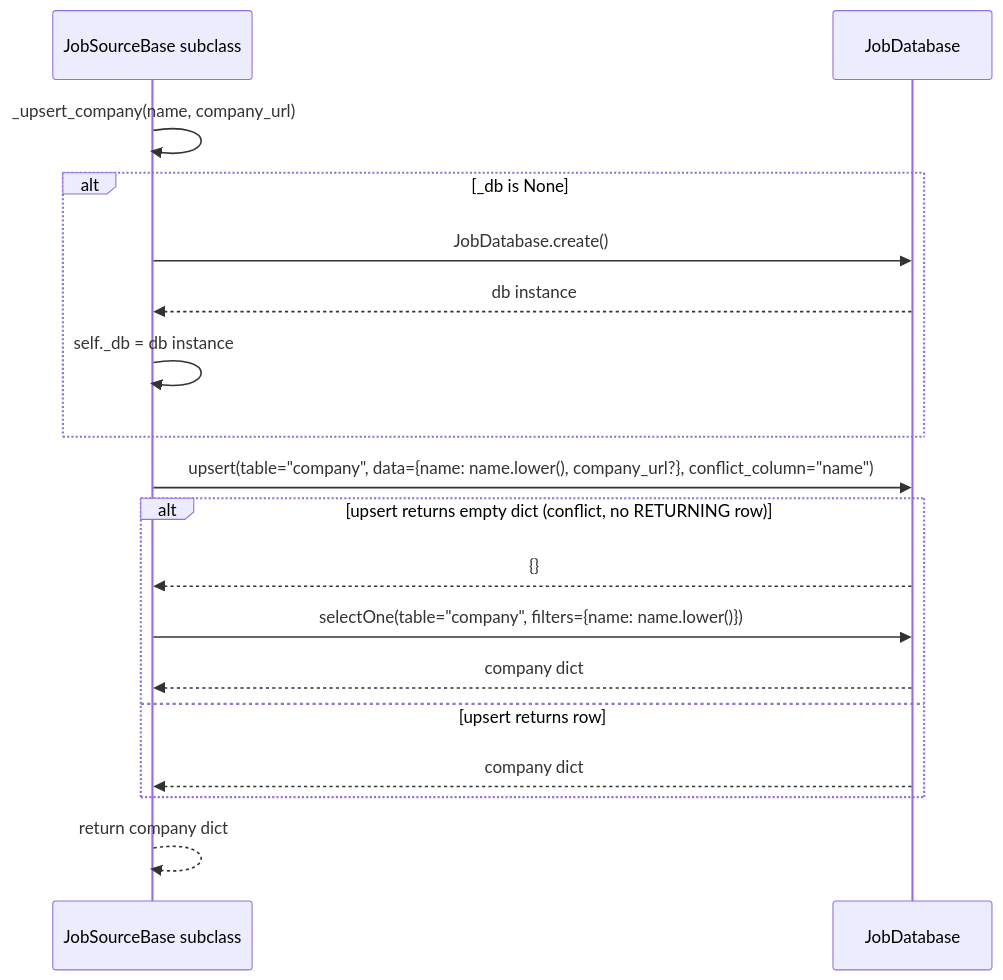
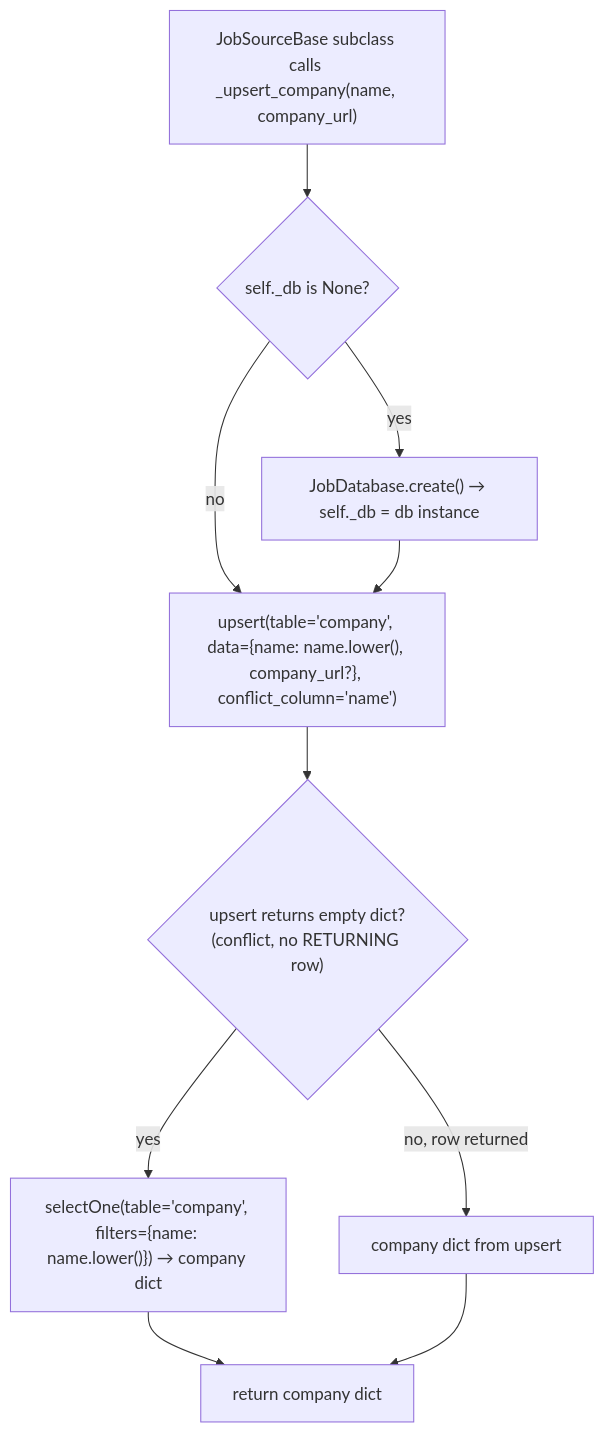
Before and after one commit to AustinDwomoh/libra: the first of 2 diagrams in docs/diagrams/base_seq.md, drawn with Mermaid. The commit also changed other lines of this file and 17 other files, not shown here.

First line of the commit message:
Convert Mermaid sequences to flowcharts

````diff
--- a/docs/diagrams/base_seq.md
+++ b/docs/diagrams/base_seq.md
@@ -1,22 +1,13 @@
 ```mermaid
-%% sequenceDiagram — _upsert_company flow
-sequenceDiagram
-    participant Source as JobSourceBase subclass
-    participant DB as JobDatabase
-
-    Source->>Source: _upsert_company(name, company_url)
-    alt _db is None
-        Source->>DB: JobDatabase.create()
-        DB-->>Source: db instance
-        Source->>Source: self._db = db instance
-    end
-    Source->>DB: upsert(table="company", data={name: name.lower(), company_url?}, conflict_column="name")
-    alt upsert returns empty dict (conflict, no RETURNING row)
-        DB-->>Source: {}
-        Source->>DB: selectOne(table="company", filters={name: name.lower()})
-        DB-->>Source: company dict
-    else upsert returns row
-        DB-->>Source: company dict
-    end
-    Source-->>Source: return company dict
+%% flowchart — _upsert_company flow
+flowchart TD
+    A["JobSourceBase subclass calls _upsert_company(name, company_url)"] --> B{self._db is None?}
+    B -->|yes| C["JobDatabase.create() → self._db = db instance"]
+    B -->|no| D["upsert(table='company', data={name: name.lower(), company_url?}, conflict_column='name')"]
+    C --> D
+    D --> E{"upsert returns empty dict?<br/>(conflict, no RETURNING row)"}
+    E -->|yes| F["selectOne(table='company', filters={name: name.lower()}) → company dict"]
+    E -->|no, row returned| G[company dict from upsert]
+    F --> H[return company dict]
+    G --> H
 ```
````
